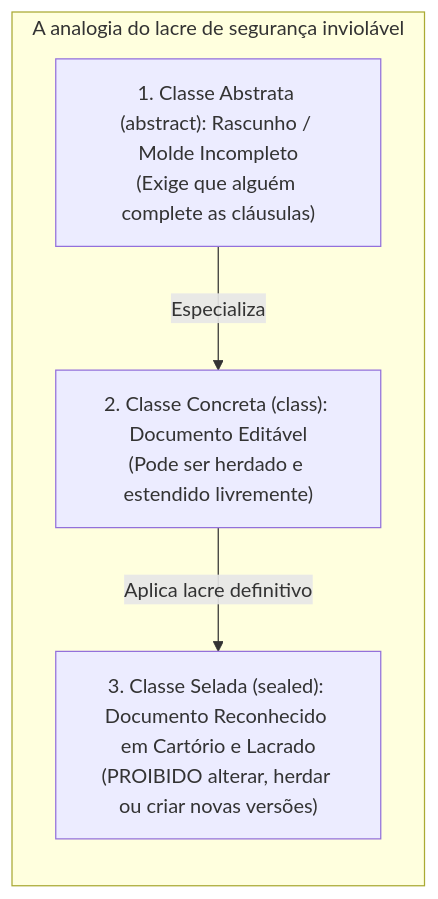
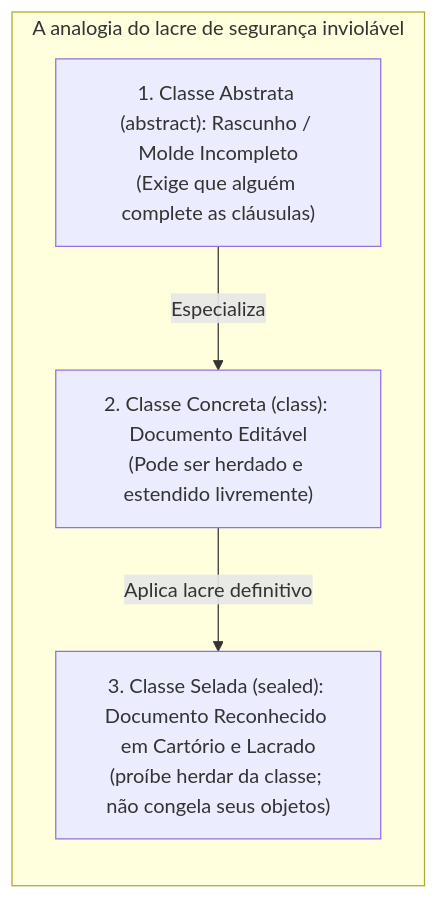
One commit to leorruas/puc changed the first of 7 diagrams in 01. Programacao Modular/19. Classes e membros selados (sealed).md. Above: the diagram before and after it, drawn with Mermaid. The commit also changed other lines of this file and 5 other files, not shown here.

````diff
--- a/01. Programacao Modular/19. Classes e membros selados (sealed).md
+++ b/01. Programacao Modular/19. Classes e membros selados (sealed).md
@@ -36,13 +42,13 @@
 ```mermaid
 flowchart TD
     subgraph SelagemAnalogia ["A analogia do lacre de segurança inviolável"]
         direction TB
 
         Molde["1. Classe Abstrata (abstract): Rascunho / Molde Incompleto<br>(Exige que alguém complete as cláusulas)"]
         Normal["2. Classe Concreta (class): Documento Editável<br>(Pode ser herdado e estendido livremente)"]
-        Selada["3. Classe Selada (sealed): Documento Reconhecido em Cartório e Lacrado<br>(PROIBIDO alterar, herdar ou criar novas versões)"]
+        Selada["3. Classe Selada (sealed): Documento Reconhecido em Cartório e Lacrado<br>(proíbe herdar da classe; não congela seus objetos)"]
 
         Molde -->|Especializa| Normal
         Normal -->|Aplica lacre definitivo| Selada
     end
 ```
````
